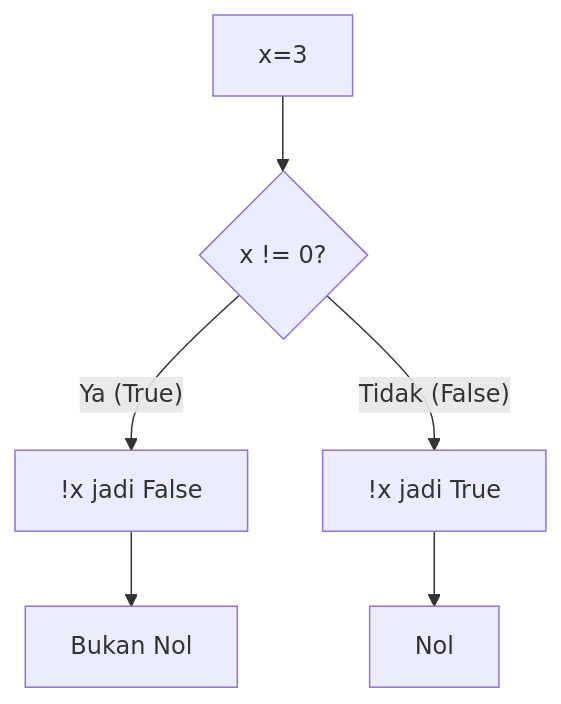
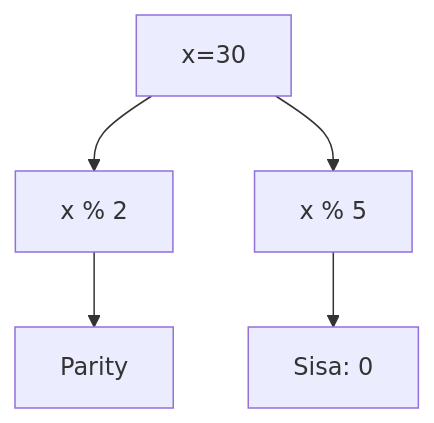
Before and after one commit to amnahwaida/OSNK_INF_PREP: diagram 14 of 25 in part-c-pemahaman-cpp/02-percabangan/latihan/set-08.md, drawn with Mermaid. The commit also changed other lines of this file and 71 other files, not shown here.

````diff
--- a/part-c-pemahaman-cpp/02-percabangan/latihan/set-08.md
+++ b/part-c-pemahaman-cpp/02-percabangan/latihan/set-08.md
@@ -256,8 +414,7 @@
 ```mermaid
 graph TD
-    A[x=3] --> B{x != 0?}
-    B -- Ya (True) --> C["!x jadi False"]
-    B -- Tidak (False) --> D["!x jadi True"]
-    C --> E[Bukan Nol]
-    D --> F[Nol]
+A[x=30] --> B[x % 2]
+B --> C[Parity]
+A --> D[x % 5]
+D --> E[Sisa: 0]
 ```
````
